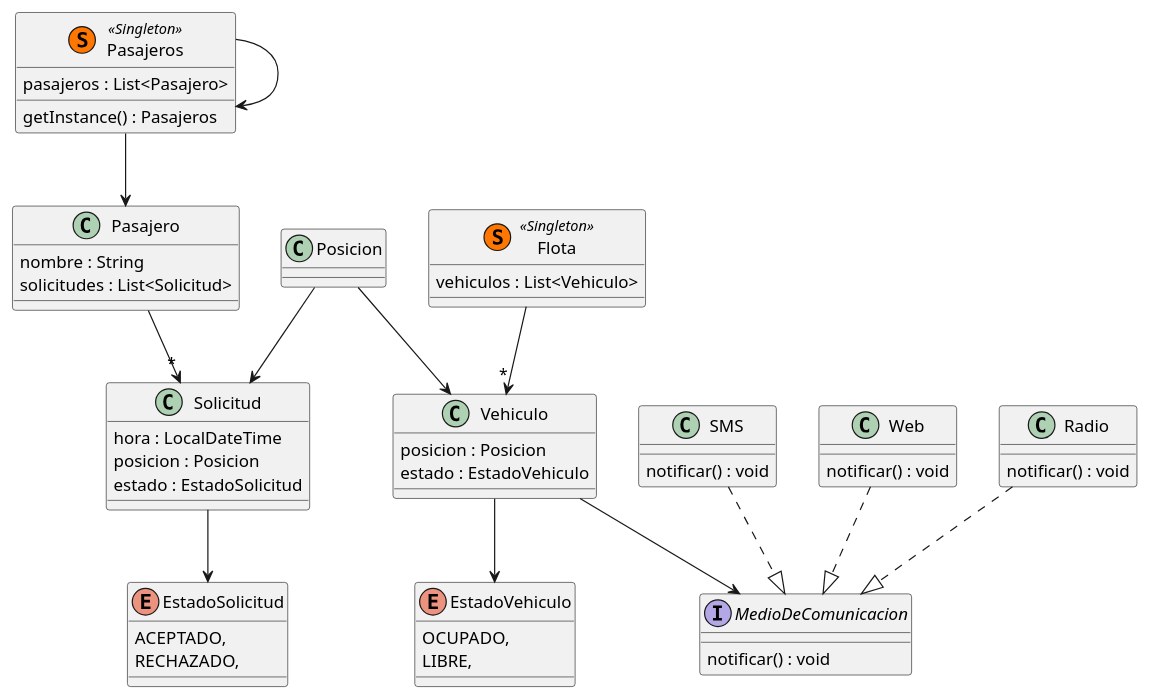
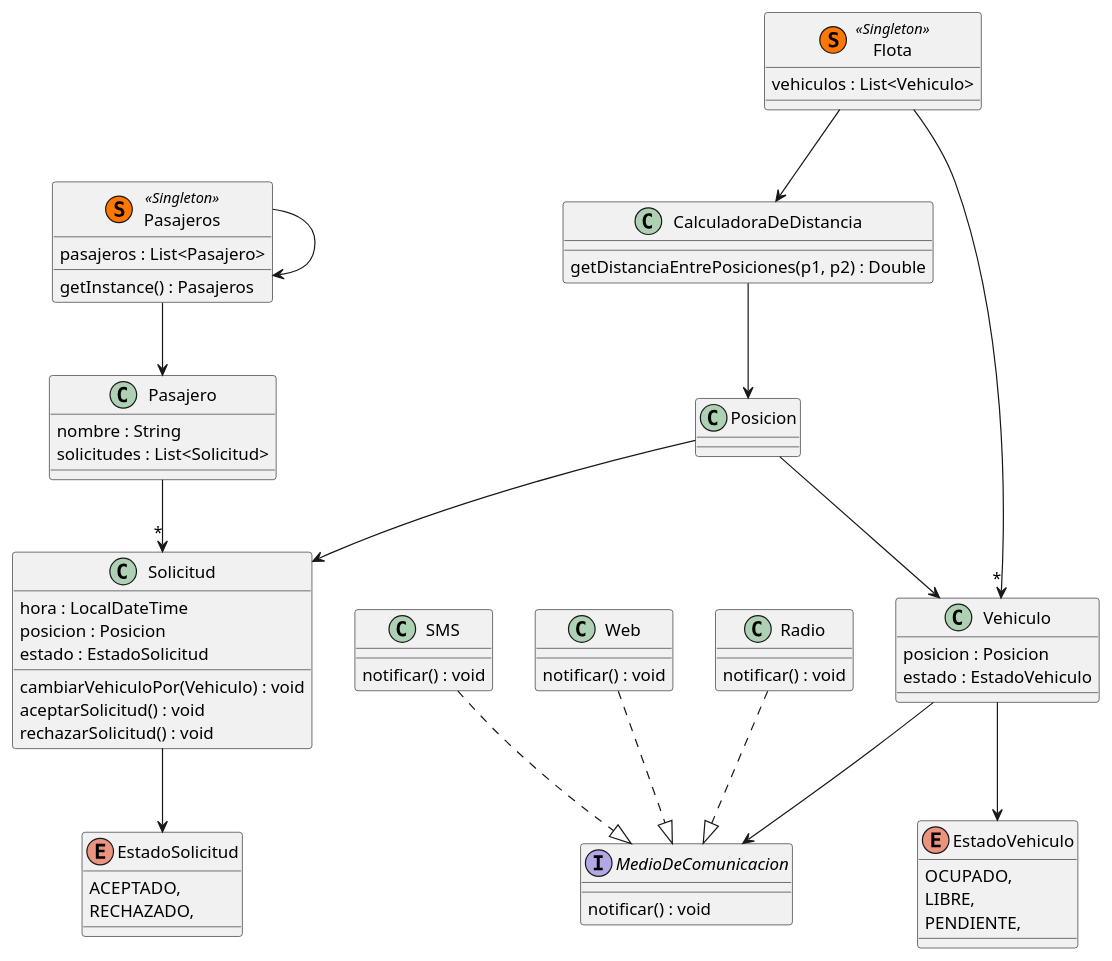
Before and after one commit to mbeorlegui/parciales-dds: the diagram in tatsy/Punto-2/Diagrama-punto2.puml, drawn with PlantUML. The commit also changed 6 other files, not shown here.

```diff
--- a/tatsy/Punto-2/Diagrama-punto2.puml
+++ b/tatsy/Punto-2/Diagrama-punto2.puml
@@ -1,78 +1,88 @@
 @startuml Tatsy-p2
 
 class Pasajeros <<(S,#FF7700) Singleton>> {
   pasajeros : List<Pasajero>
   getInstance() : Pasajeros
 }
 
 Pasajeros --> Pasajeros
 Pasajeros --> Pasajero
 
 ' Creo un singleton de Pasajeros para hayar las solicitudes de c/u
 
 class Pasajero {
   nombre : String
   solicitudes : List<Solicitud>
 }
 
 Pasajero -->"*" Solicitud
 
 class Solicitud {
   hora : LocalDateTime
   posicion : Posicion
   estado : EstadoSolicitud
+  cambiarVehiculoPor(Vehiculo) : void
+  aceptarSolicitud() : void
+  rechazarSolicitud() : void
 }
 
 class Flota <<(S,#FF7700) Singleton>> {
   vehiculos : List<Vehiculo>
 }
-' Creo que flota deberia ser un singleton, porque es �nica en el sistema
+' Creo que flota deberia ser un singleton, porque es ï¿½nica en el sistema
 ' Alli estan contenidos todos los vehiculos
 Flota -->"*" Vehiculo
 
 class Vehiculo {
   posicion : Posicion
   estado : EstadoVehiculo
 }
 
 Solicitud --> EstadoSolicitud
 
 enum EstadoSolicitud {
   ACEPTADO,
   RECHAZADO,
 }
 
 Vehiculo --> EstadoVehiculo
 
 enum EstadoVehiculo {
   OCUPADO,
   LIBRE,
+  PENDIENTE,
 }
 
 interface MedioDeComunicacion {
   notificar() : void
 }
 
 class SMS {
   notificar() : void
 }
 
 class Web {
   notificar() : void
 }
 
 class Radio {
   notificar() : void
 }
 
 SMS ..|> MedioDeComunicacion
 Web ..|> MedioDeComunicacion
 Radio ..|> MedioDeComunicacion
 Posicion --> Vehiculo
 Posicion --> Solicitud
 
 Vehiculo --> MedioDeComunicacion
 
+class CalculadoraDeDistancia {
+  getDistanciaEntrePosiciones(p1, p2) : Double
+}
+
+CalculadoraDeDistancia --> Posicion
+Flota --> CalculadoraDeDistancia
 
 
 @enduml
```
